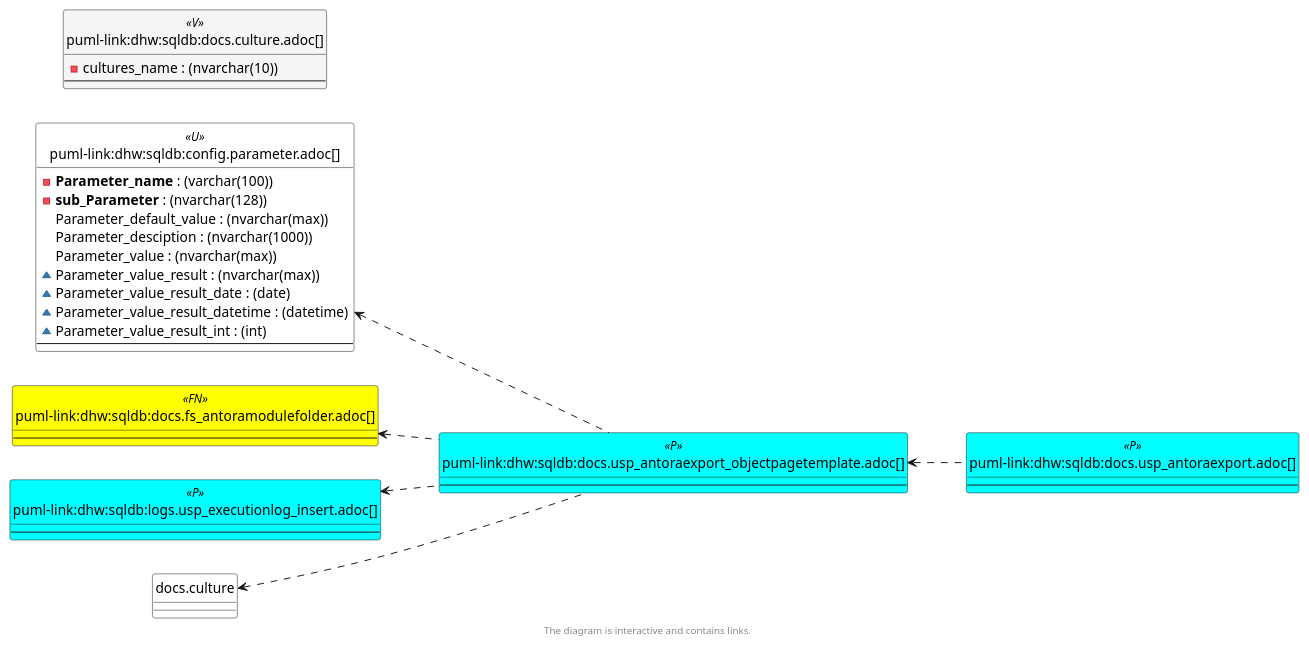
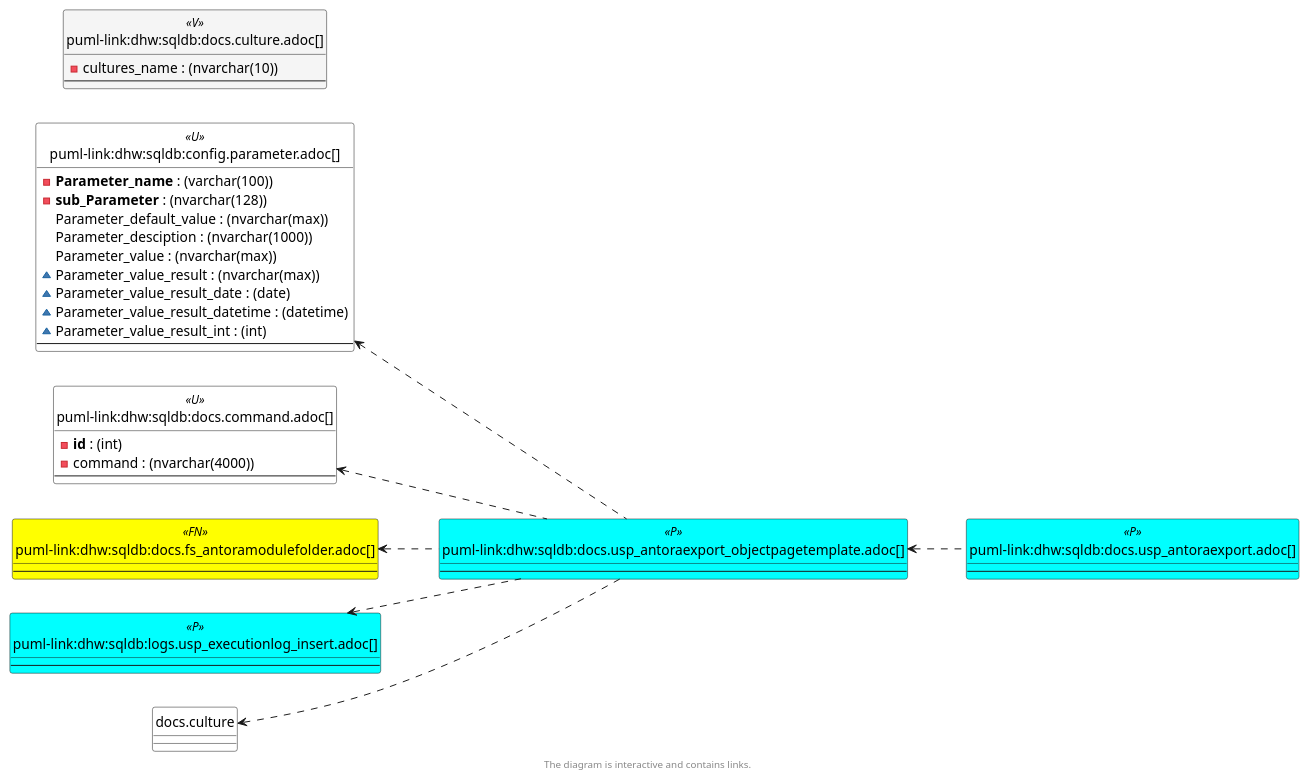
One commit to DataHandwerk/dhw-antora-sqldb changed the sixth of 6 diagrams in docs/modules/sqldb/partials/content/docs.usp_antoraexport_objectpagetemplate.adoc. Above: the diagram before and after it, drawn with PlantUML. The commit also changed other lines of this file and 701 other files, not shown here.

```diff
--- a/docs/modules/sqldb/partials/content/docs.usp_antoraexport_objectpagetemplate.adoc
+++ b/docs/modules/sqldb/partials/content/docs.usp_antoraexport_objectpagetemplate.adoc
@@ -950,75 +972,82 @@
 [plantuml, entity_1_1_colref-{docname}, svg, subs=macros]
 ....
 @startuml
 left to right direction
 'top to bottom direction
 hide circle
 'avoide "." issues:
 set namespaceSeparator none
 
 
 skinparam class {
   BackgroundColor White
   BackgroundColor<<FN>> Yellow
   BackgroundColor<<FS>> Yellow
   BackgroundColor<<FT>> LightGray
   BackgroundColor<<IF>> Yellow
   BackgroundColor<<IS>> Yellow
   BackgroundColor<<P>>  Aqua
   BackgroundColor<<PC>> Aqua
   BackgroundColor<<SN>> Yellow
   BackgroundColor<<SO>> SlateBlue
   BackgroundColor<<TF>> LightGray
   BackgroundColor<<TR>> Tomato
   BackgroundColor<<U>>  White
   BackgroundColor<<V>>  WhiteSmoke
   BackgroundColor<<X>>  Aqua
   BackgroundColor<<external>> AliceBlue
 }
 
 
 entity "puml-link:dhw:sqldb:config.parameter.adoc[]" as config.Parameter << U >> {
   - **Parameter_name** : (varchar(100))
   - **sub_Parameter** : (nvarchar(128))
   Parameter_default_value : (nvarchar(max))
   Parameter_desciption : (nvarchar(1000))
   Parameter_value : (nvarchar(max))
   ~ Parameter_value_result : (nvarchar(max))
   ~ Parameter_value_result_date : (date)
   ~ Parameter_value_result_datetime : (datetime)
   ~ Parameter_value_result_int : (int)
   --
 }
 
+entity "puml-link:dhw:sqldb:docs.command.adoc[]" as docs.command << U >> {
+  - **id** : (int)
+  - command : (nvarchar(4000))
+  --
+}
+
 entity "puml-link:dhw:sqldb:docs.culture.adoc[]" as docs.Culture << V >> {
   - cultures_name : (nvarchar(10))
   --
 }
 
 entity "puml-link:dhw:sqldb:docs.fs_antoramodulefolder.adoc[]" as docs.fs_AntoraModuleFolder << FN >> {
   --
 }
 
 entity "puml-link:dhw:sqldb:docs.usp_antoraexport.adoc[]" as docs.usp_AntoraExport << P >> {
   --
 }
 
 entity "puml-link:dhw:sqldb:docs.usp_antoraexport_objectpagetemplate.adoc[]" as docs.usp_AntoraExport_ObjectPageTemplate << P >> {
   --
 }
 
 entity "puml-link:dhw:sqldb:logs.usp_executionlog_insert.adoc[]" as logs.usp_ExecutionLog_insert << P >> {
   --
 }
 
 config.Parameter <.. docs.usp_AntoraExport_ObjectPageTemplate
+docs.command <.. docs.usp_AntoraExport_ObjectPageTemplate
 docs.culture <.. docs.usp_AntoraExport_ObjectPageTemplate
 docs.fs_AntoraModuleFolder <.. docs.usp_AntoraExport_ObjectPageTemplate
 docs.usp_AntoraExport_ObjectPageTemplate <.. docs.usp_AntoraExport
 logs.usp_ExecutionLog_insert <.. docs.usp_AntoraExport_ObjectPageTemplate
 
 
 footer The diagram is interactive and contains links.
 
 @enduml
 ....
```
